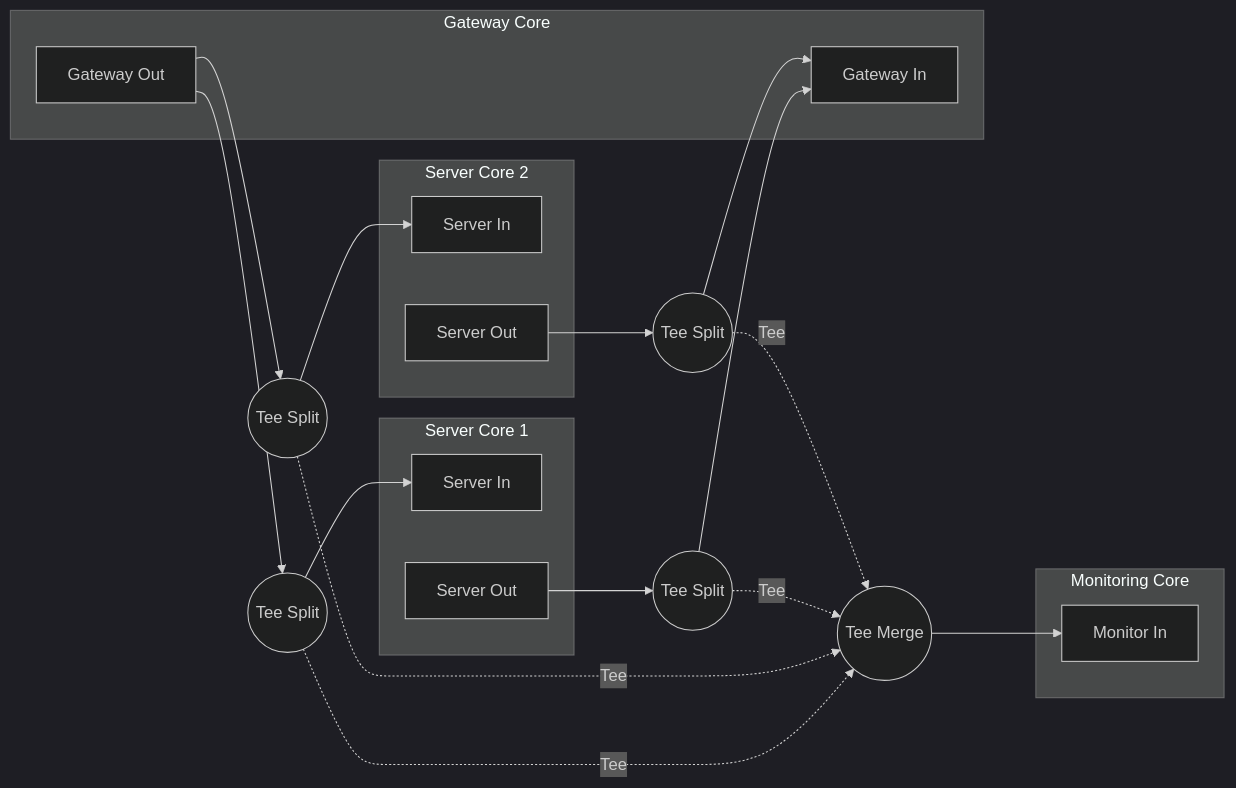
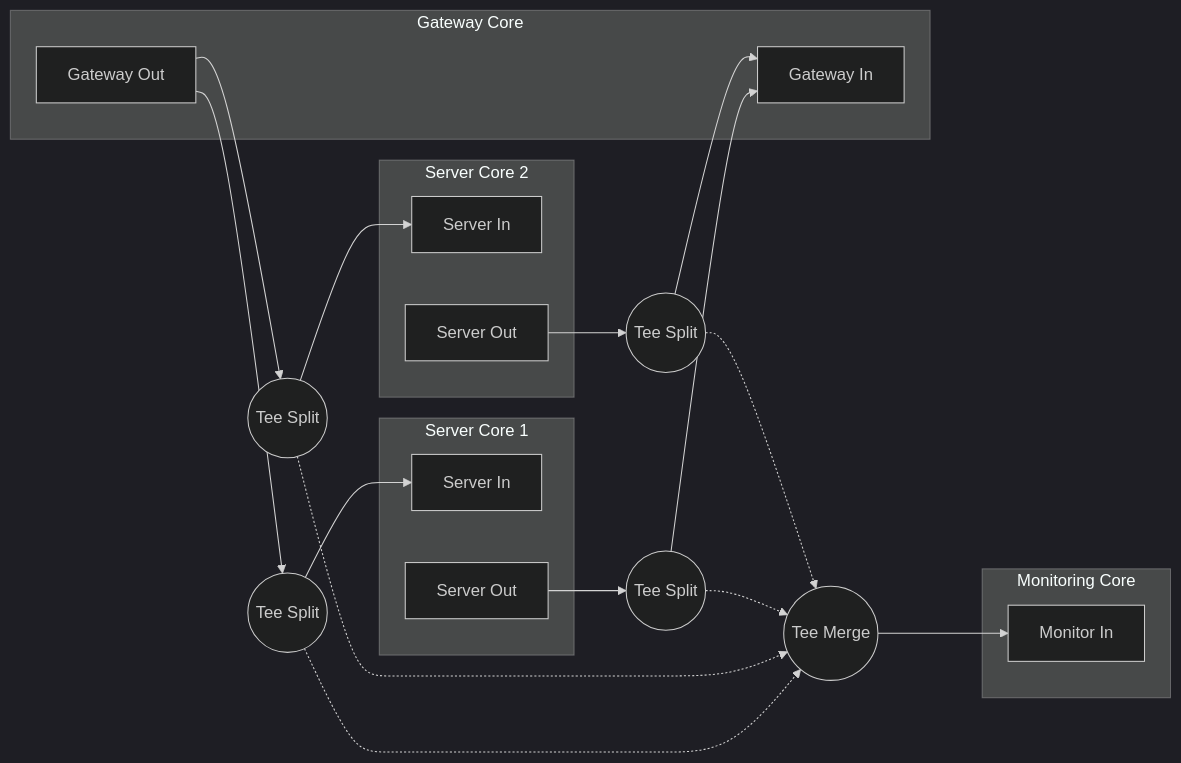
Before and after one commit to cliffhall/mcp-multicore: the first of 18 diagrams in docs/spec.md, drawn with Mermaid (dark theme).

Commit message:
Update mermaid diagrams to try and get the plumbing properly rendered

````diff
--- a/docs/spec.md
+++ b/docs/spec.md
@@ -74,50 +74,50 @@
 ```mermaid
 graph LR
     subgraph "Gateway Core"
         GW_OUT[Gateway Out]
         GW_IN[Gateway In]
     end
     
     subgraph "Server Core 1"
         SC1_IN[Server In]
         SC1_OUT[Server Out]
     end
     
     subgraph "Server Core 2"
         SC2_IN[Server In]
         SC2_OUT[Server Out]
     end
     
     subgraph "Monitoring Core"
         MON_IN[Monitor In]
     end
     
     %% Branching tees on the outbound and inbound paths
     %% One tee per link to avoid implying broadcast
     TEE_GW_SC1((Tee Split))
     TEE_GW_SC2((Tee Split))
     TEE_SC1_OUT((Tee Split))
     TEE_SC2_OUT((Tee Split))
     
     %% Tee Merge feeding the monitoring core
     TEE_MON((Tee Merge))
     
     %% Connect gateway outbound through branching tee to servers and monitor
     GW_OUT --> TEE_GW_SC1
     GW_OUT --> TEE_GW_SC2
     TEE_GW_SC1 --> SC1_IN
     TEE_GW_SC2 --> SC2_IN
-    TEE_GW_SC1 -.->|Tee| TEE_MON
-    TEE_GW_SC2 -.->|Tee| TEE_MON
+    TEE_GW_SC1 -.-> TEE_MON
+    TEE_GW_SC2 -.-> TEE_MON
     
     %% Connect server outs through branching tees to gateway in and monitor
     SC1_OUT --> TEE_SC1_OUT
     SC2_OUT --> TEE_SC2_OUT
     TEE_SC1_OUT --> GW_IN
     TEE_SC2_OUT --> GW_IN
-    TEE_SC1_OUT -.->|Tee| TEE_MON
-    TEE_SC2_OUT -.->|Tee| TEE_MON
+    TEE_SC1_OUT -.-> TEE_MON
+    TEE_SC2_OUT -.-> TEE_MON
     
     %% Tee Merge to monitoring core input
     TEE_MON --> MON_IN
 ```
````
